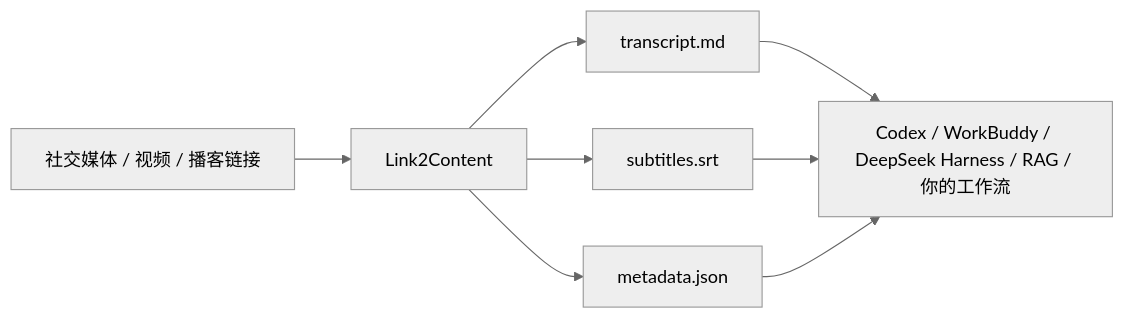
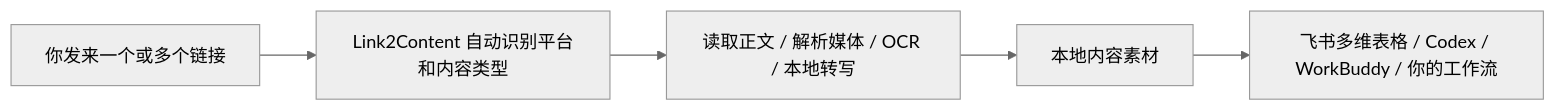
Before and after one commit to saki-orbit/link-to-content: the diagram in README.md, drawn with Mermaid (neutral theme). The commit also changed other lines of this file and 2 other files, not shown here.

Commit message:
Make Link2Content a single-link entry point

````diff
--- a/README.md
+++ b/README.md
@@ -16,10 +18,7 @@
 ```mermaid
 flowchart LR
-    A[社交媒体 / 视频 / 播客链接] --> B[Link2Content]
-    B --> C[transcript.md]
-    B --> D[subtitles.srt]
-    B --> E[metadata.json]
-    C --> F[Codex / WorkBuddy / DeepSeek Harness / RAG / 你的工作流]
-    D --> F
-    E --> F
+    A[你发来一个或多个链接] --> B[Link2Content 自动识别平台和内容类型]
+    B --> C[读取正文 / 解析媒体 / OCR / 本地转写]
+    C --> D[本地内容素材]
+    D --> E[飞书多维表格 / Codex / WorkBuddy / 你的工作流]
 ```
````
